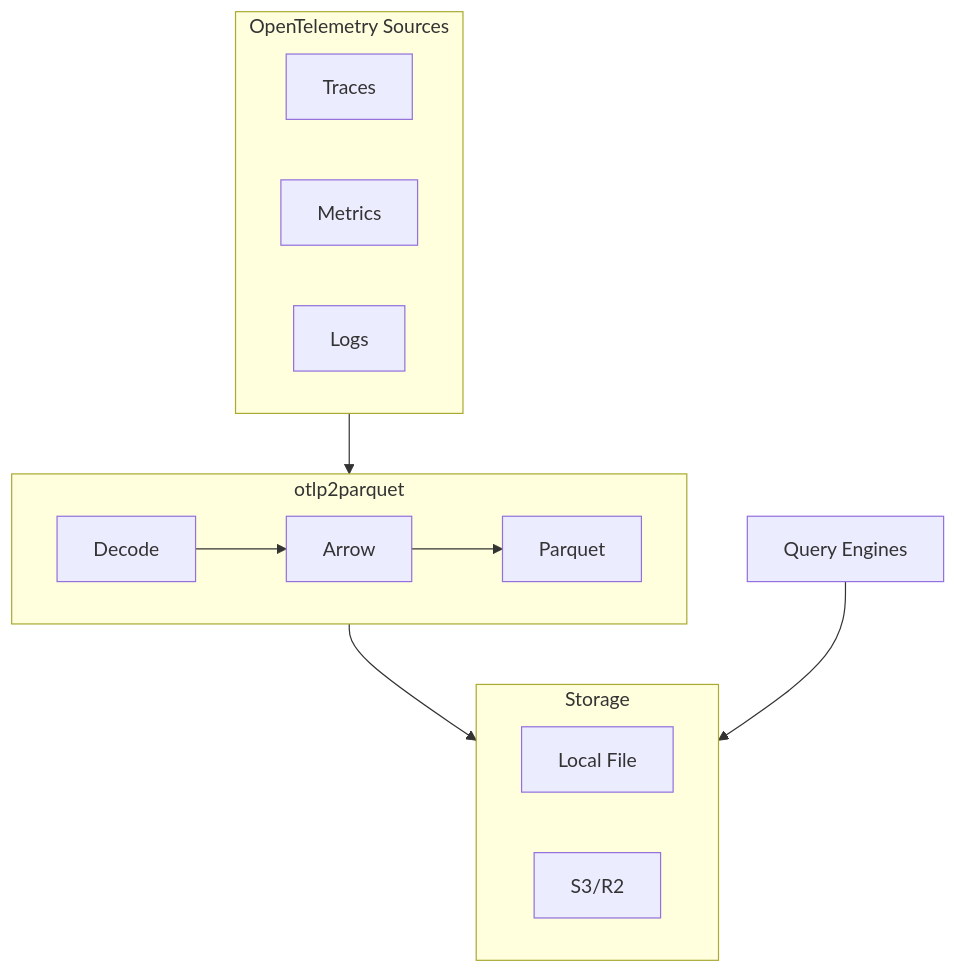
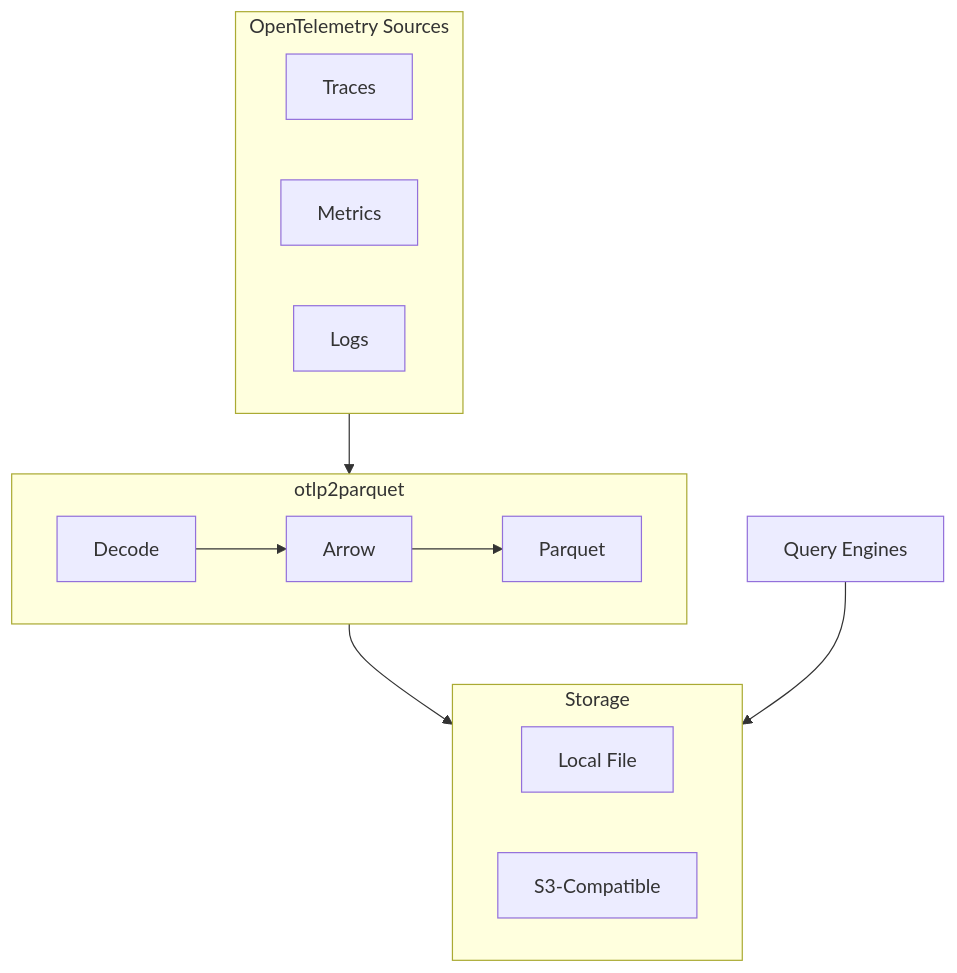
Before and after one commit to smithclay/otlp2parquet: the diagram in README.md, drawn with Mermaid. The commit also changed other lines of this file and 65 other files, not shown here.

````diff
--- a/README.md
+++ b/README.md
@@ -13,23 +13,23 @@
 ```mermaid
 flowchart TB
     subgraph Sources["OpenTelemetry Sources"]
         Traces
         Metrics
         Logs
     end
 
     subgraph otlp2parquet["otlp2parquet"]
         Decode["Decode"] --> Arrow["Arrow"] --> Write["Parquet"]
     end
 
     subgraph Storage["Storage"]
         Local["Local File"]
-        S3["S3/R2"]
+        S3["S3-Compatible"]
     end
 
     Query["Query Engines"]
 
     Sources --> otlp2parquet
     otlp2parquet --> Storage
     Query --> Storage
 ```
````
